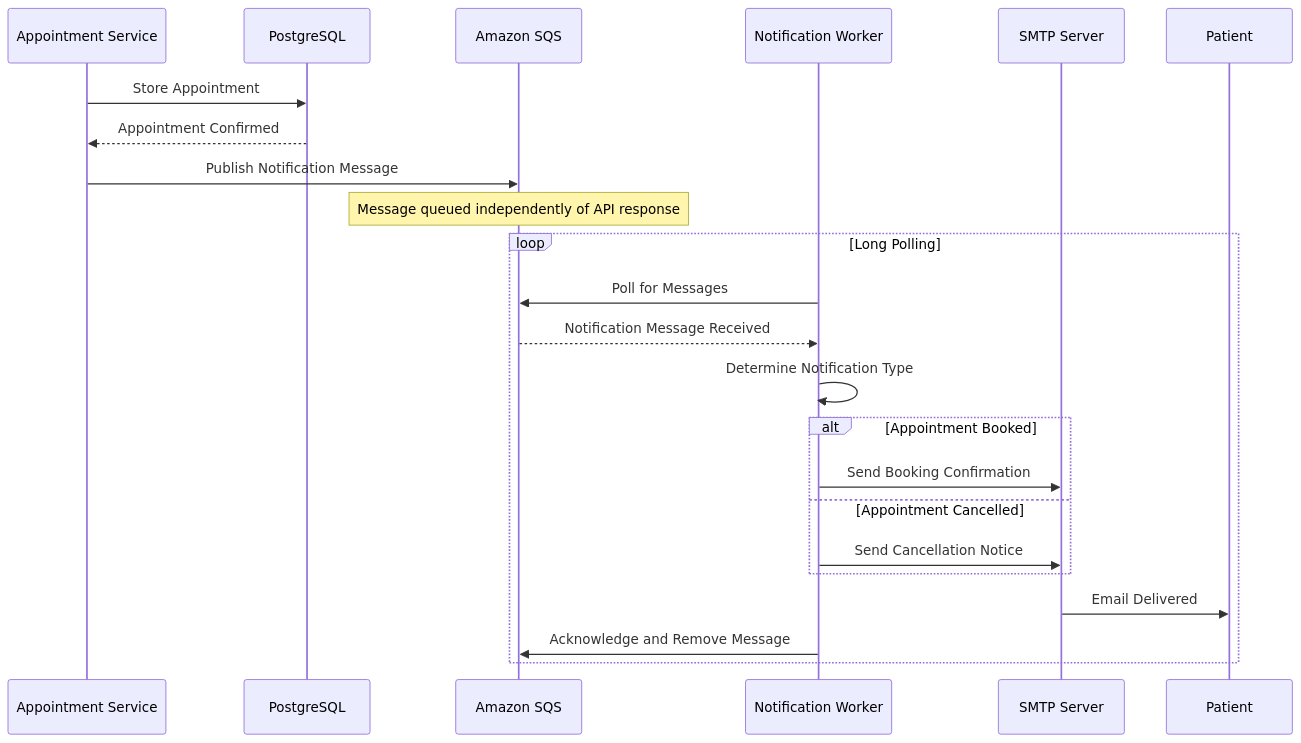
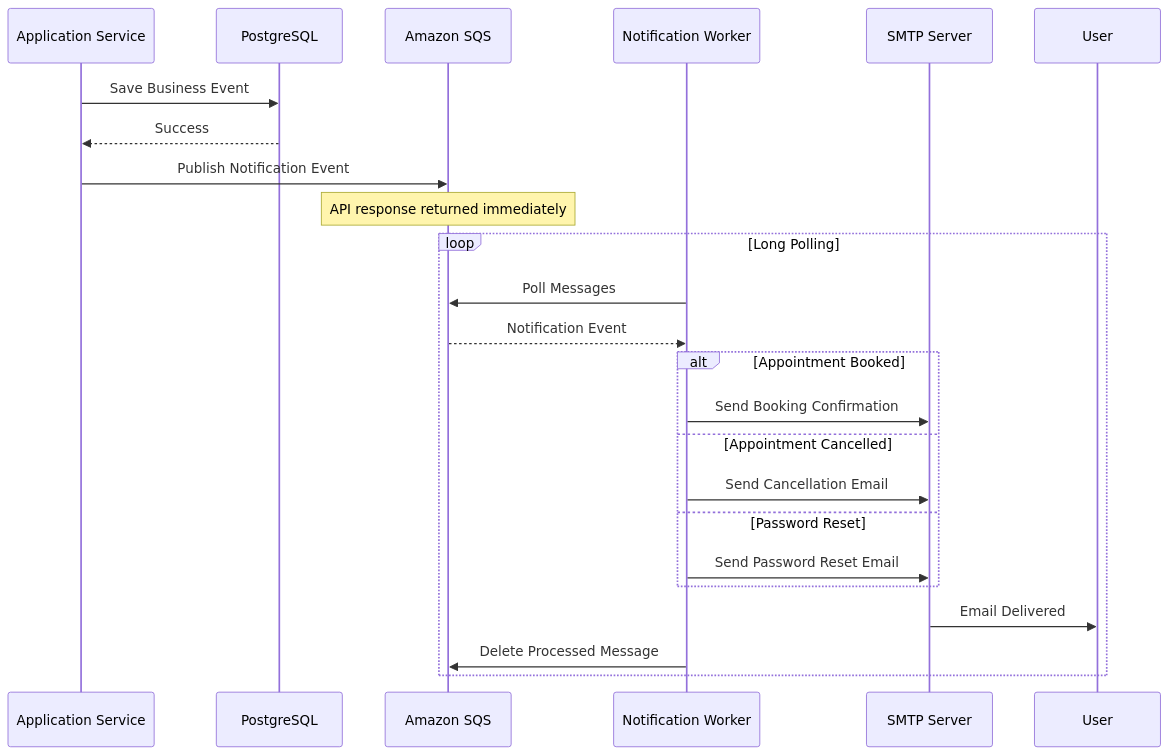
One commit to AmbyHasan/HMS changed the ninth of 12 diagrams in docs/04-Flow-Design.md. Above: the diagram before and after it, drawn with Mermaid. The commit also changed other lines of this file, not shown here.

Commit message:
Fix flow design doc

````diff
--- a/docs/04-Flow-Design.md
+++ b/docs/04-Flow-Design.md
@@ -272,27 +275,30 @@
 ```mermaid
 sequenceDiagram
-    participant AppService as Appointment Service
+    participant Service as Application Service
     participant DB as PostgreSQL
     participant SQS as Amazon SQS
     participant Worker as Notification Worker
     participant SMTP as SMTP Server
-    participant Patient
+    participant User
 
-    AppService->>DB: Store Appointment
-    DB-->>AppService: Appointment Confirmed
-    AppService->>SQS: Publish Notification Message
-    Note over SQS: Message queued independently of API response
+    Service->>DB: Save Business Event
+    DB-->>Service: Success
+    Service->>SQS: Publish Notification Event
+    Note over SQS: API response returned immediately
 
     loop Long Polling
-        Worker->>SQS: Poll for Messages
-        SQS-->>Worker: Notification Message Received
-        Worker->>Worker: Determine Notification Type
+        Worker->>SQS: Poll Messages
+        SQS-->>Worker: Notification Event
+
         alt Appointment Booked
             Worker->>SMTP: Send Booking Confirmation
         else Appointment Cancelled
-            Worker->>SMTP: Send Cancellation Notice
+            Worker->>SMTP: Send Cancellation Email
+        else Password Reset
+            Worker->>SMTP: Send Password Reset Email
         end
-        SMTP->>Patient: Email Delivered
-        Worker->>SQS: Acknowledge and Remove Message
+
+        SMTP->>User: Email Delivered
+        Worker->>SQS: Delete Processed Message
     end
 ```
````
